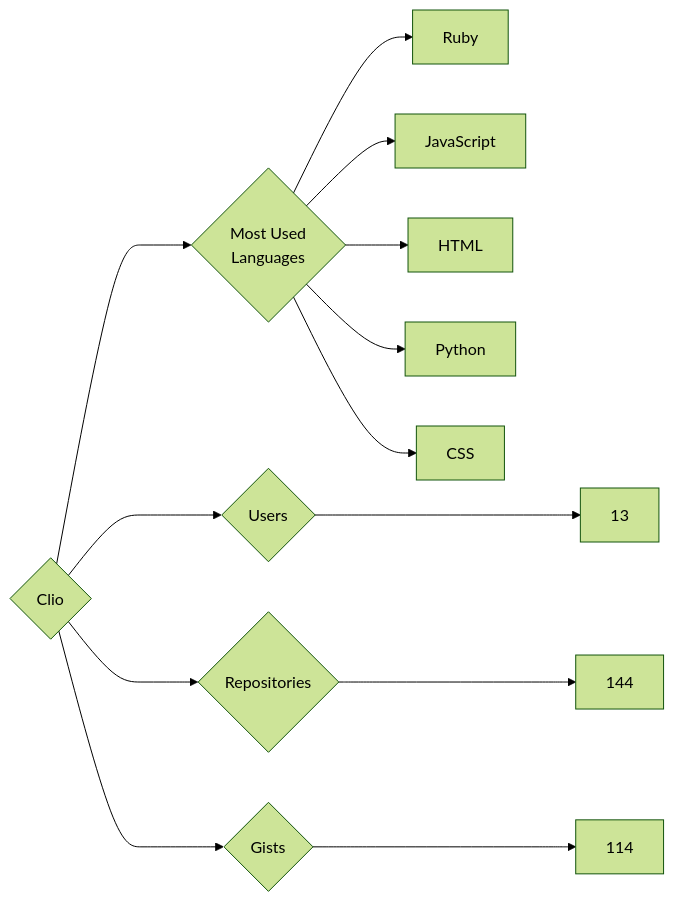
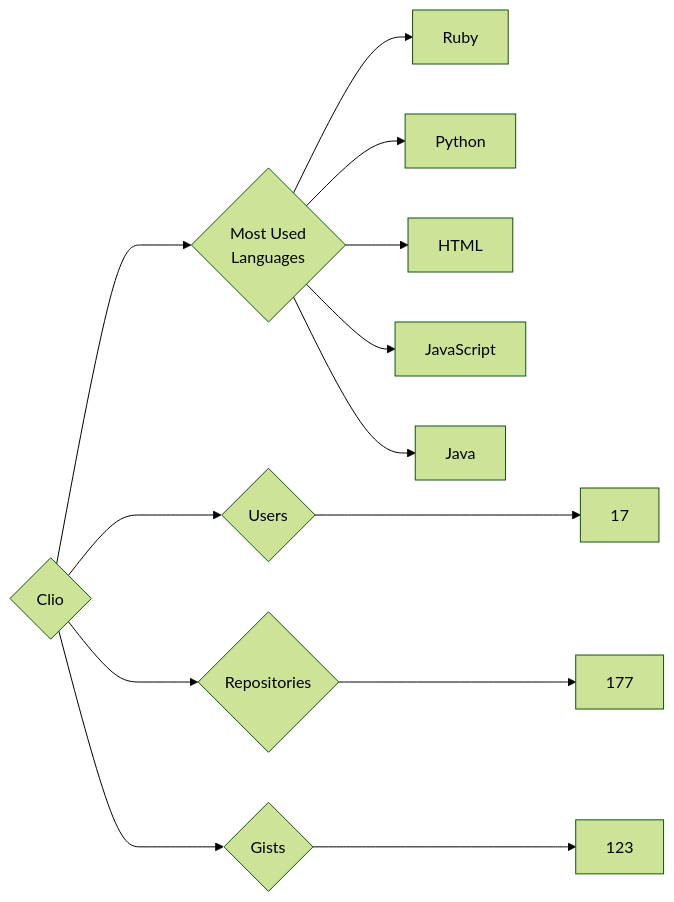
The diagram in targets/Clio/README.md (trickest/insiders), drawn with Mermaid (forest theme) before and after one commit. The commit also changed 682 other files, not shown here.

````diff
--- a/targets/Clio/README.md
+++ b/targets/Clio/README.md
@@ -3,13 +3,13 @@
 ```mermaid
 graph LR
 COMPANY_NAME{Clio}
-COMPANY_NAME ---> U{Users} ---> UN[13]
-COMPANY_NAME ---> R{Repositories} ---> RN[144]
-COMPANY_NAME ---> G{Gists} ---> GN[114]
+COMPANY_NAME ---> U{Users} ---> UN[17]
+COMPANY_NAME ---> R{Repositories} ---> RN[177]
+COMPANY_NAME ---> G{Gists} ---> GN[123]
 COMPANY_NAME ---> ML{Most Used<br>Languages}
 ML --> Ruby[Ruby]
+ML --> Python[Python]
+ML --> HTML[HTML]
 ML --> JavaScript[JavaScript]
-ML --> HTML[HTML]
-ML --> Python[Python]
-ML --> CSS[CSS]
+ML --> Java[Java]
 ```
````
